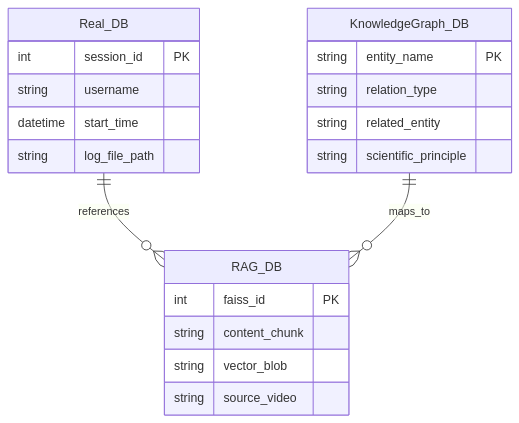
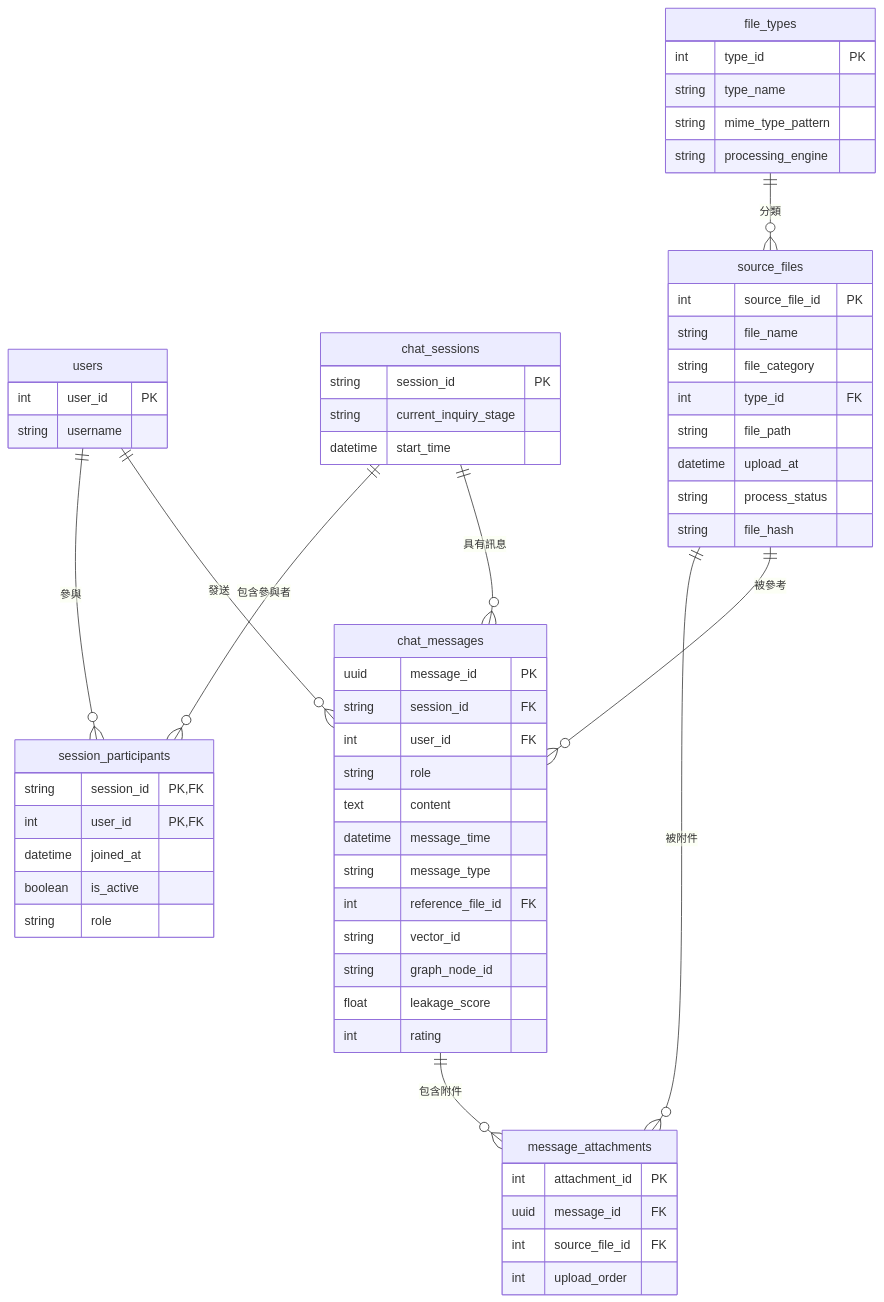
One commit to 939SIVT/SIVT-Frontend changed the fifth of 9 diagrams in README.md. Above: the diagram before and after it, drawn with Mermaid. The commit also changed other lines of this file, not shown here.

````diff
--- a/README.md
+++ b/README.md
@@ -237,26 +247,70 @@
 ```mermaid
 erDiagram
-    Real_DB ||--o{ RAG_DB : "references"
-    KnowledgeGraph_DB ||--o{ RAG_DB : "maps_to"
+    users ||--o{ session_participants : "參與"
+    chat_sessions ||--o{ session_participants : "包含參與者"
+    chat_sessions ||--o{ chat_messages : "具有訊息"
+    users ||--o{ chat_messages : "發送"
+    file_types ||--o{ source_files : "分類"
+    source_files ||--o{ message_attachments : "被附件"
+    chat_messages ||--o{ message_attachments : "包含附件"
+    source_files ||--o{ chat_messages : "被參考"
 
-    Real_DB {
-        int session_id PK
+    users {
+        int user_id PK
         string username
-        datetime start_time
-        string log_file_path
-    }
-    
-    RAG_DB {
-        int faiss_id PK
-        string content_chunk
-        string vector_blob
-        string source_video
     }
 
-    KnowledgeGraph_DB {
-        string entity_name PK
-        string relation_type
-        string related_entity
-        string scientific_principle
+    file_types {
+        int type_id PK
+        string type_name
+        string mime_type_pattern
+        string processing_engine
+    }
+
+    source_files {
+        int source_file_id PK
+        string file_name
+        string file_category
+        int type_id FK
+        string file_path
+        datetime upload_at
+        string process_status
+        string file_hash
+    }
+
+    chat_sessions {
+        string session_id PK
+        string current_inquiry_stage
+        datetime start_time
+    }
+
+    session_participants {
+        string session_id PK, FK
+        int user_id PK, FK
+        datetime joined_at
+        boolean is_active
+        string role
+    }
+
+    chat_messages {
+        uuid message_id PK
+        string session_id FK
+        int user_id FK
+        string role
+        text content
+        datetime message_time
+        string message_type
+        int reference_file_id FK
+        string vector_id
+        string graph_node_id
+        float leakage_score
+        int rating
+    }
+
+    message_attachments {
+        int attachment_id PK
+        uuid message_id FK
+        int source_file_id FK
+        int upload_order
     }
 ```
````
